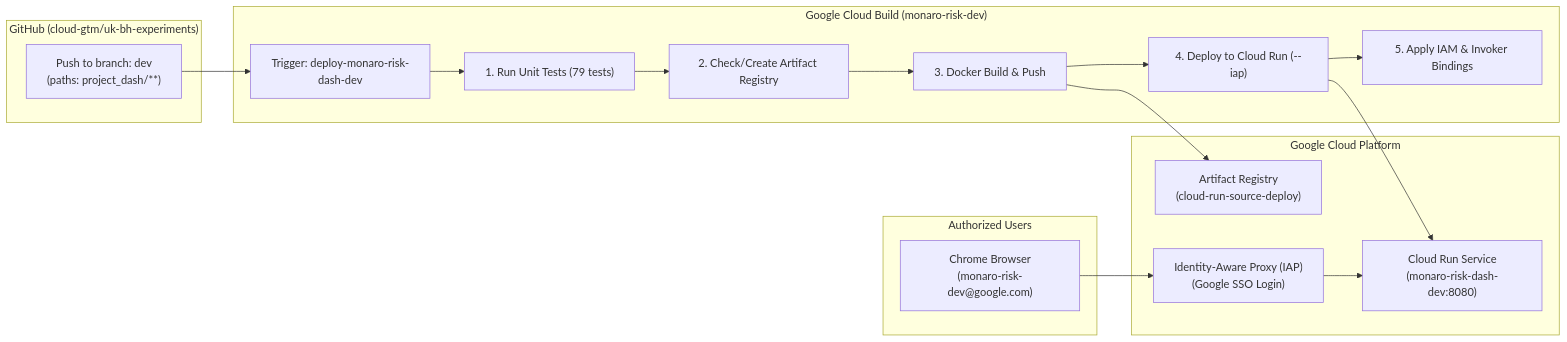
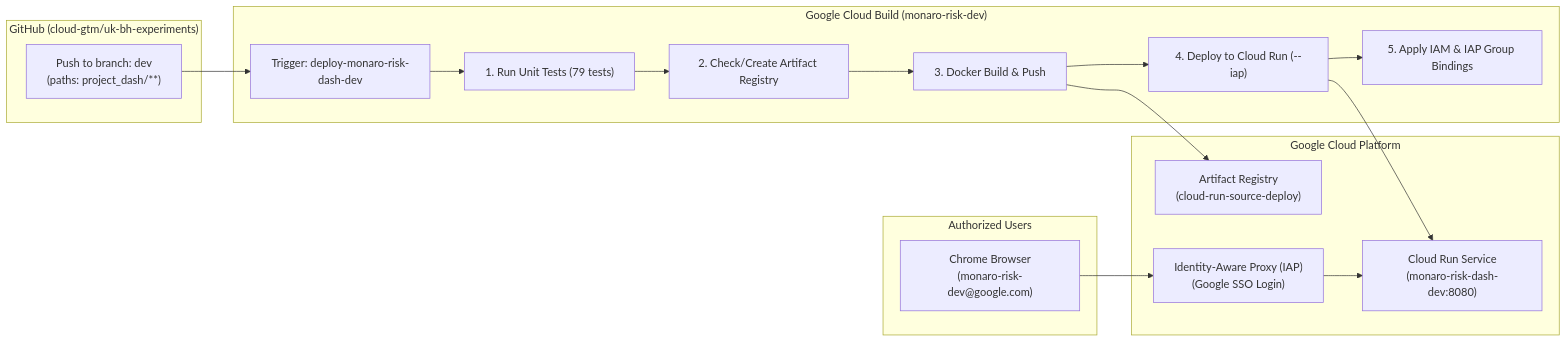
Before and after one commit to brendanhills/uk-bh-project-dash: the diagram in deploy/DEPLOYMENT_GUIDE.md, drawn with Mermaid. The commit also changed other lines of this file, not shown here.

Commit message:
docs: update deployment guide to document programmatic IAP binding via Cloud Build

````diff
--- a/deploy/DEPLOYMENT_GUIDE.md
+++ b/deploy/DEPLOYMENT_GUIDE.md
@@ -9,31 +9,31 @@
 ```mermaid
 flowchart LR
     subgraph GitHub["GitHub (cloud-gtm/uk-bh-experiments)"]
         GitPush["Push to branch: dev\n(paths: project_dash/**)"]
     end
 
     subgraph CloudBuild["Google Cloud Build (monaro-risk-dev)"]
         Trigger["Trigger: deploy-monaro-risk-dash-dev"]
         Step1["1. Run Unit Tests (79 tests)"]
         Step2["2. Check/Create Artifact Registry"]
         Step3["3. Docker Build & Push"]
         Step4["4. Deploy to Cloud Run (--iap)"]
-        Step5["5. Apply IAM & Invoker Bindings"]
+        Step5["5. Apply IAM & IAP Group Bindings"]
     end
 
     subgraph GCP["Google Cloud Platform"]
         AR["Artifact Registry\n(cloud-run-source-deploy)"]
         IAP["Identity-Aware Proxy (IAP)\n(Google SSO Login)"]
         CloudRun["Cloud Run Service\n(monaro-risk-dash-dev:8080)"]
     end
 
     subgraph Users["Authorized Users"]
         Browser["Chrome Browser\n(monaro-risk-dev@google.com)"]
     end
 
     GitPush --> Trigger
     Trigger --> Step1 --> Step2 --> Step3 --> Step4 --> Step5
     Step3 --> AR
     Step4 --> CloudRun
     Browser --> IAP --> CloudRun
 ```
````
